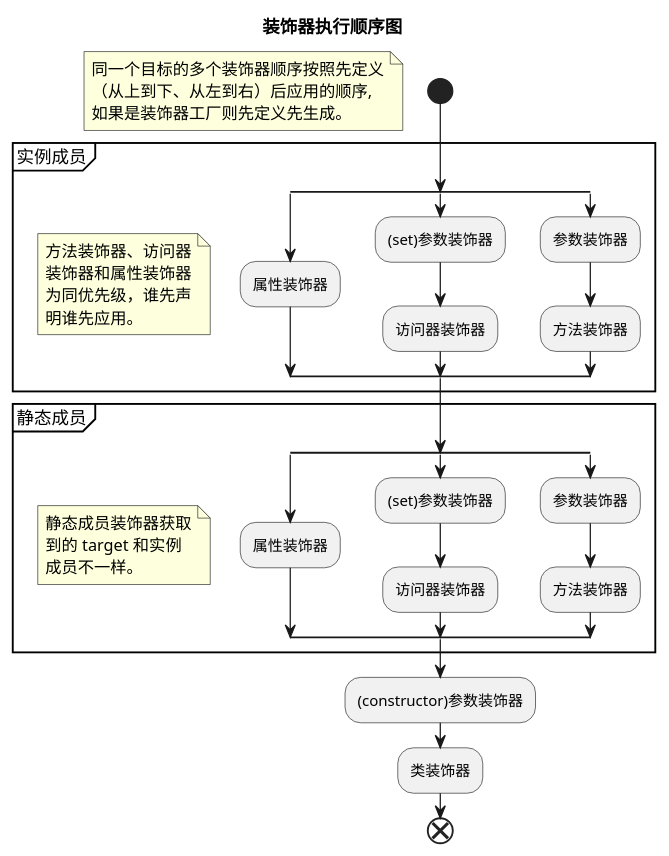
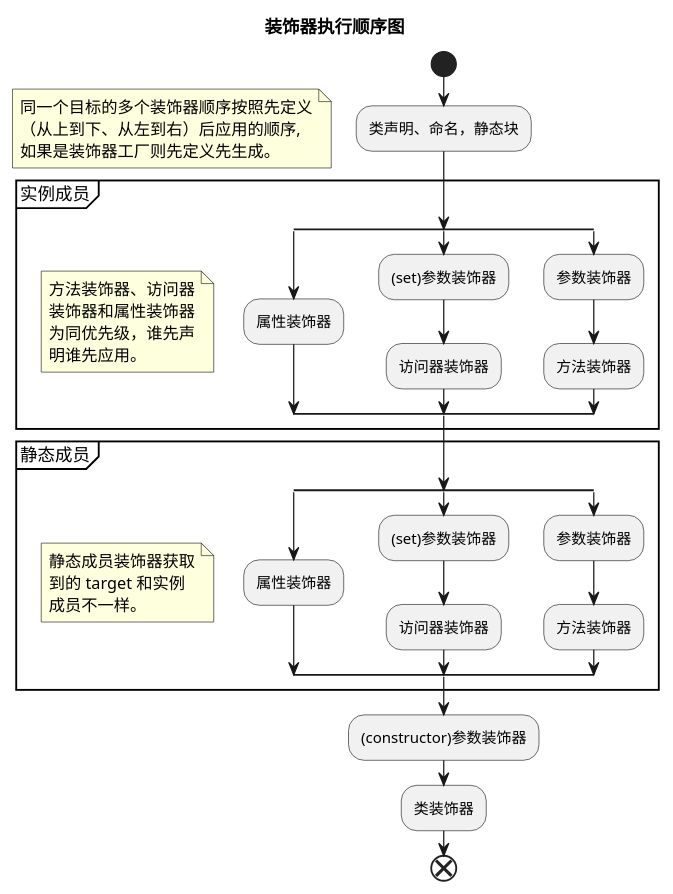
One commit to ShueyYuen/yuen-blog changed the second of 2 diagrams in content/post/20240930-typescript-decorator.md. Above: the diagram before and after it, drawn with PlantUML. The commit also changed other lines of this file and 3 other files, not shown here.

````diff
--- a/content/post/20240930-typescript-decorator.md
+++ b/content/post/20240930-typescript-decorator.md
@@ -380,50 +392,52 @@
 ```plantuml
 @startuml
 title 装饰器执行顺序图
 start
+:类声明、命名，静态块;
+
 floating note
   同一个目标的多个装饰器顺序按照先定义
   （从上到下、从左到右）后应用的顺序, 
   如果是装饰器工厂则先定义先生成。
 end note
 
 group 实例成员
   note left
     方法装饰器、访问器
     装饰器和属性装饰器
     为同优先级，谁先声
     明谁先应用。
   end note
   split
     :属性装饰器;
   split again
     :(set)参数装饰器;
     :访问器装饰器;
   split again
     :参数装饰器;
     :方法装饰器;
   end split
 end group
 
 group 静态成员
   note left
     静态成员装饰器获取
     到的 target 和实例
     成员不一样。
   end note
   split
     :属性装饰器;
   split again
     :(set)参数装饰器;
     :访问器装饰器;
   split again
     :参数装饰器;
     :方法装饰器;
   end split
 end group
 
 :(constructor)参数装饰器;
 :类装饰器;
 end
 @enduml
 ```
````
